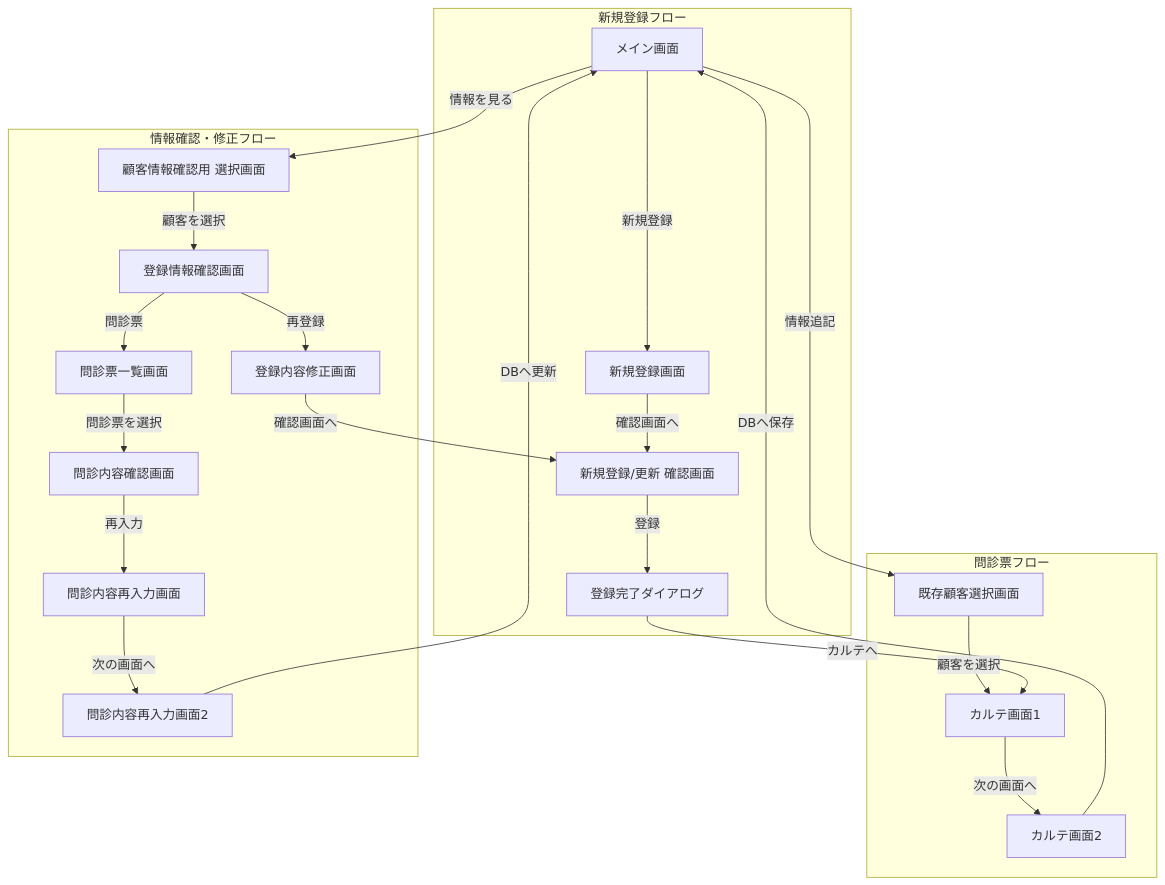
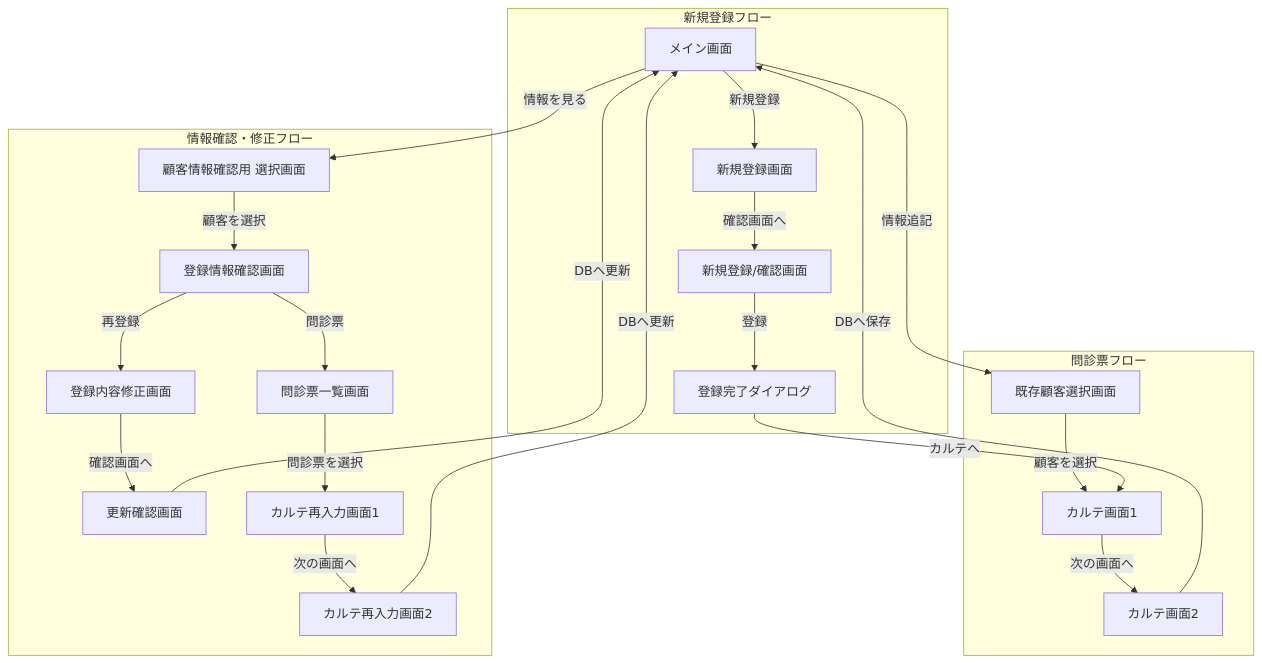
One commit to PANAKA-4696/Questionnaire_App changed the diagram in README.md. Above: the diagram before and after it, drawn with Mermaid. The commit also changed other lines of this file, not shown here.

````diff
--- a/README.md
+++ b/README.md
@@ -211,28 +222,28 @@
 ```mermaid
 graph TD;
     subgraph "新規登録フロー"
         MainActivity["メイン画面"] -- "新規登録" --> NewCustomer["新規登録画面"];
-        NewCustomer -- "確認画面へ" --> NewCustomerConfirm["新規登録/更新 確認画面"];
+        NewCustomer -- "確認画面へ" --> NewCustomerConfirm["新規登録/確認画面"];
         NewCustomerConfirm -- "登録" --> CompleteDialog["登録完了ダイアログ"];
     end
 
     subgraph "問診票フロー"
         MainActivity -- "情報追記" --> LoginCustomer["既存顧客選択画面"];
         LoginCustomer -- "顧客を選択" --> Questionnaire["カルテ画面1"];
         CompleteDialog -- "カルテへ" --> Questionnaire;
         Questionnaire -- "次の画面へ" --> Questionnaire2["カルテ画面2"];
         Questionnaire2 -- "DBへ保存" --> MainActivity;
     end
 
     subgraph "情報確認・修正フロー"
         MainActivity -- "情報を見る" --> InfomationCheckLogin["顧客情報確認用 選択画面"];
         InfomationCheckLogin -- "顧客を選択" --> CustomerInfoConfirm["登録情報確認画面"];
         CustomerInfoConfirm -- "再登録" --> ReEnterCustomer["登録内容修正画面"];
-        ReEnterCustomer -- "確認画面へ" --> NewCustomerConfirm;
+        ReEnterCustomer -- "確認画面へ" --> CustomerConfirm["更新確認画面"];
+        CustomerConfirm -- "DBへ更新" --> MainActivity;
         CustomerInfoConfirm -- "問診票" --> QuestionConfirmLogin["問診票一覧画面"];
-        QuestionConfirmLogin -- "問診票を選択" --> QuestionConfirm["問診内容確認画面"];
-        QuestionConfirm -- "再入力" --> ReQuestionnaire["問診内容再入力画面"];
-        ReQuestionnaire -- "次の画面へ" --> ReQuestionnaire2["問診内容再入力画面2"];
+        QuestionConfirmLogin -- "問診票を選択" --> ReQuestionnaire["カルテ再入力画面1"];
+        ReQuestionnaire -- "次の画面へ" --> ReQuestionnaire2["カルテ再入力画面2"];
         ReQuestionnaire2 -- "DBへ更新" --> MainActivity;
     end
 ```
````
